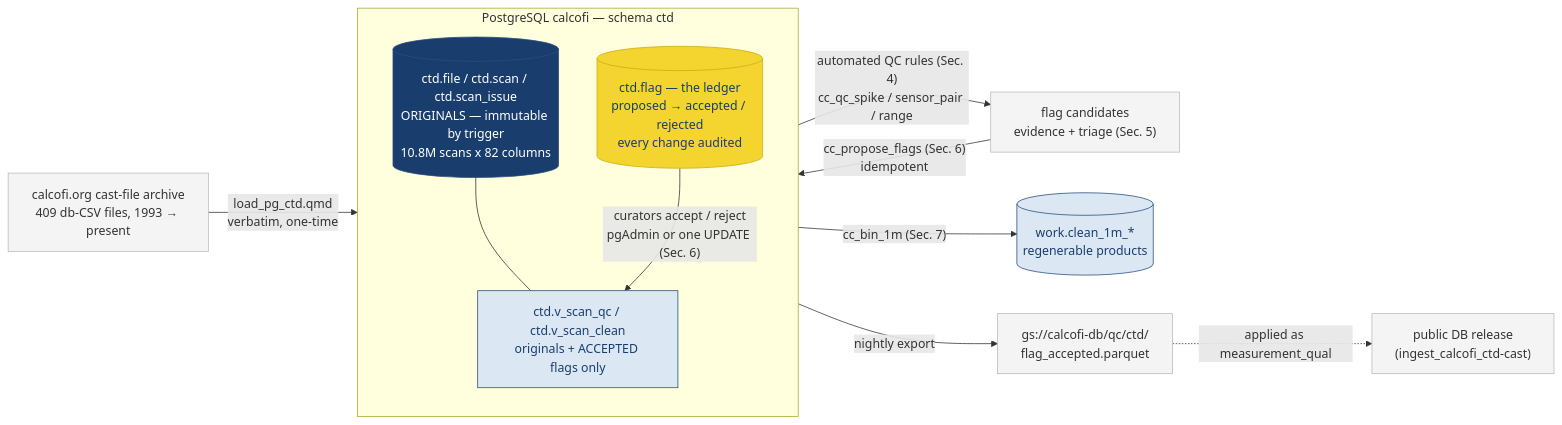
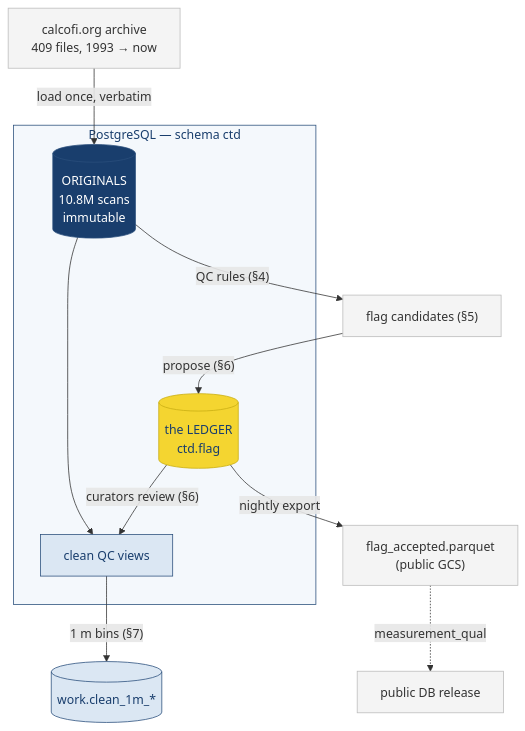
The diagram in clean_ctd_cruise-var.qmd (CalCOFI/workflows), drawn with Mermaid before and after one commit. The commit also changed other lines of this file and 1 other file, not shown here.

Commit message:
clean_ctd_cruise-var: process diagram final — vertical, terse node labels with the full description in the caption, echo hidden
Claude-Session: https://claude.ai/code/session_01FdEkF8Lfm5Qr6BSuXyD4gw

````diff
--- a/clean_ctd_cruise-var.qmd
+++ b/clean_ctd_cruise-var.qmd
@@ -27,31 +29,33 @@
 ```{mermaid}
 %%| label: fig-flow
-%%| fig-cap: "The QA/QC loop. Originals (navy) are loaded once and never edited; automated rules propose rows into the flag ledger (yellow); curators accept or reject; the QC views apply only accepted verdicts, so every product (right) can be regenerated — and accepted flags flow nightly into the public database release."
-flowchart LR
-  A["calcofi.org cast-file archive<br/>409 db-CSV files, 1993 → present"]
-  A -->|"load_pg_ctd.qmd<br/>verbatim, one-time"| B
+%%| echo: false
+%%| fig-width: 10
+%%| fig-cap: "The QA/QC loop. **Originals** (navy — `ctd.file` / `ctd.scan` / `ctd.scan_issue`, all 82 source columns, immutable by trigger) are loaded once from the calcofi.org cast-file archive by `load_pg_ctd.qmd`. Automated **QC rules** (§4: `cc_qc_spike`, `cc_qc_sensor_pair`, `cc_qc_range`) produce evidence and triage tables (§5), which `cc_propose_flags()` writes idempotently into the **ledger** (yellow — `ctd.flag`, every change audited). **Curators** accept or reject (§6, one UPDATE in pgAdmin or SQL); the **clean views** (`ctd.v_scan_qc` / `ctd.v_scan_clean`) apply only accepted verdicts, so every product — like the 1 m bins `cc_bin_1m()` writes to `work.clean_1m_*` (§7) — can be regenerated at any time. Each night the accepted flags are published to `gs://calcofi-db/qc/ctd/flag_accepted.parquet`, where the public database release applies them as `measurement_qual`."
+flowchart TB
+  A["calcofi.org archive<br/>409 files, 1993 → now"]
+  A -->|"load once, verbatim"| B
 
-  subgraph PG["PostgreSQL calcofi — schema ctd"]
-    direction TB
-    B[("ctd.file / ctd.scan / ctd.scan_issue<br/>ORIGINALS — immutable by trigger<br/>10.8M scans x 82 columns")]
-    F[("ctd.flag — the ledger<br/>proposed → accepted / rejected<br/>every change audited")]
-    V["ctd.v_scan_qc / ctd.v_scan_clean<br/>originals + ACCEPTED flags only"]
-    B --- V
-    F -->|"curators accept / reject<br/>pgAdmin or one UPDATE (Sec. 6)"| V
+  subgraph PG["PostgreSQL — schema ctd"]
+    B[("ORIGINALS<br/>10.8M scans<br/>immutable")]
+    F[("the LEDGER<br/>ctd.flag")]
+    V["clean QC views"]
   end
 
-  B -->|"automated QC rules (Sec. 4)<br/>cc_qc_spike / sensor_pair / range"| P["flag candidates<br/>evidence + triage (Sec. 5)"]
-  P -->|"cc_propose_flags (Sec. 6)<br/>idempotent"| F
-  V -->|"cc_bin_1m (Sec. 7)"| W[("work.clean_1m_*<br/>regenerable products")]
-  F -->|"nightly export"| G["gs://calcofi-db/qc/ctd/<br/>flag_accepted.parquet"]
-  G -.->|"applied as measurement_qual"| R["public DB release<br/>(ingest_calcofi_ctd-cast)"]
+  B -->|"QC rules (§4)"| P["flag candidates (§5)"]
+  P -->|"propose (§6)"| F
+  F -->|"curators review (§6)"| V
+  B --> V
+  V -->|"1 m bins (§7)"| W[("work.clean_1m_*")]
+  F -->|"nightly export"| G["flag_accepted.parquet<br/>(public GCS)"]
+  G -.->|"measurement_qual"| R["public DB release"]
 
+  style PG fill:#f4f8fc,stroke:#2A4F7C,color:#193E6D
   classDef orig fill:#193E6D,color:#fff,stroke:#2A4F7C
   classDef ledger fill:#F4D530,color:#193E6D,stroke:#c9ad13
   classDef derived fill:#dbe7f3,color:#193E6D,stroke:#2A4F7C
   classDef ext fill:#f4f4f4,color:#333,stroke:#bbb
   class B orig
   class F ledger
   class V,W derived
   class A,P,G,R ext
 ```
````
